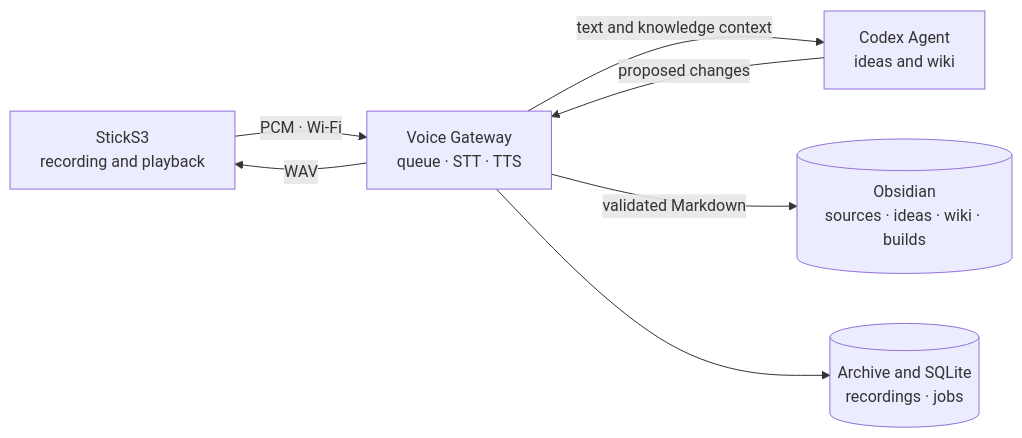
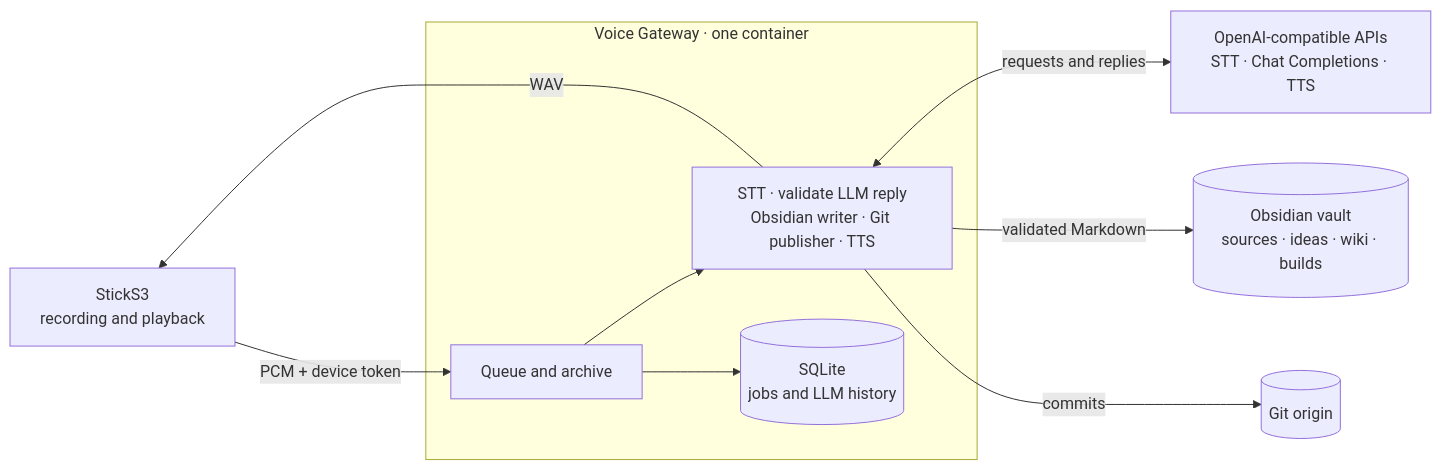
One commit to pastukhov/zateya changed the first of 2 diagrams in docs/en/architecture.md. Above: the diagram before and after it, drawn with Mermaid. The commit also changed other lines of this file and 18 other files, not shown here.

Commit message:
docs: document OpenAI-compatible gateway deployment

````diff
--- a/docs/en/architecture.md
+++ b/docs/en/architecture.md
@@ -9,14 +9,19 @@
 ```mermaid
 flowchart LR
     D["StickS3<br/>recording and playback"]
-    G["Voice Gateway<br/>queue · STT · TTS"]
-    C["Codex Agent<br/>ideas and wiki"]
-    O[("Obsidian<br/>sources · ideas · wiki · builds")]
-    A[("Archive and SQLite<br/>recordings · jobs")]
-    D -->|"PCM · Wi-Fi"| G
-    G -->|"text and knowledge context"| C
-    C -->|"proposed changes"| G
-    G -->|"validated Markdown"| O
-    G -->|"WAV"| D
-    G --> A
+    subgraph G["Voice Gateway · one container"]
+      Q["Queue and archive"]
+      W["STT · validate LLM reply<br/>Obsidian writer · Git publisher · TTS"]
+      DB[("SQLite<br/>jobs and LLM history")]
+      Q --> W
+      Q --> DB
+    end
+    P["OpenAI-compatible APIs<br/>STT · Chat Completions · TTS"]
+    O[("Obsidian vault<br/>sources · ideas · wiki · builds")]
+    R[("Git origin")]
+    D -->|"PCM + device token"| Q
+    W <-->|"requests and replies"| P
+    W -->|"validated Markdown"| O
+    W -->|"commits"| R
+    W -->|"WAV"| D
 ```
````
